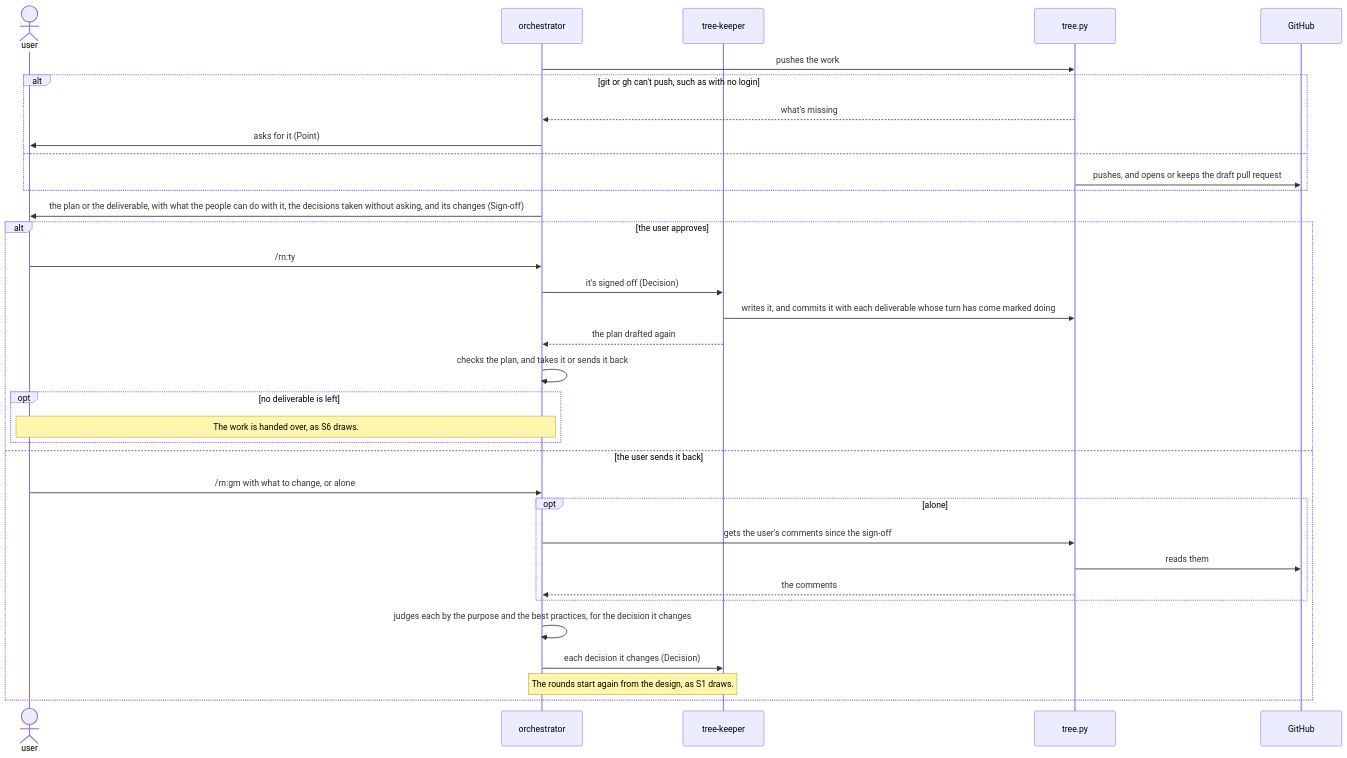
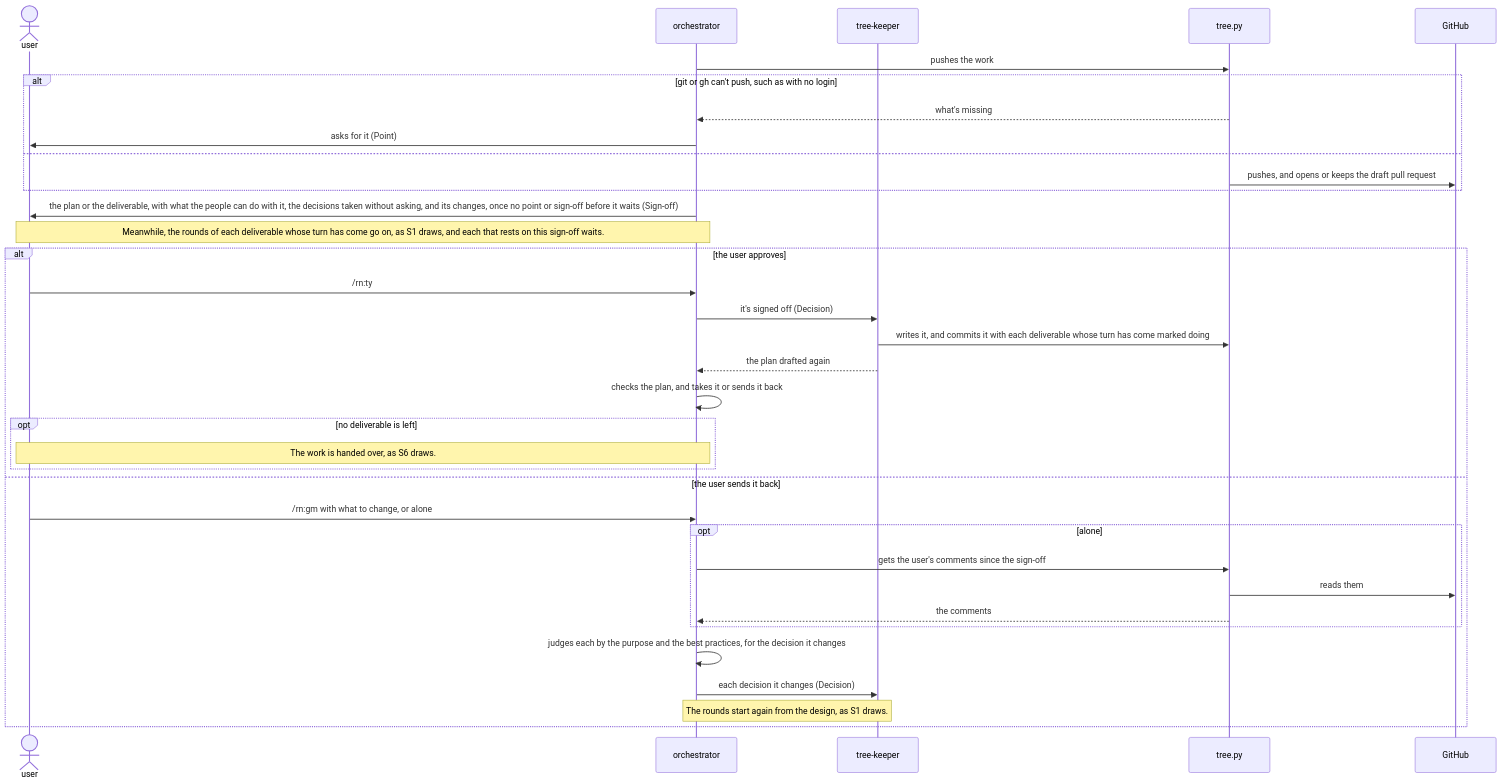
Before and after one commit to lovaizu/ccpm: the third of 6 diagrams in dev/rn/architecture.md, drawn with Mermaid. The commit also changed other lines of this file and 1 other file, not shown here.

First line of the commit message:
rn goes on with the work that rests on no open point while a point or a sign-off waits, and tree.py alone finds the work that waits

````diff
--- a/dev/rn/architecture.md
+++ b/dev/rn/architecture.md
@@ -265,36 +284,37 @@
 ```mermaid
 sequenceDiagram
   actor U as user
   participant O as orchestrator
   participant K as tree-keeper
   participant T as tree.py
   participant GH as GitHub
   O->>T: pushes the work
   alt git or gh can't push, such as with no login
     T-->>O: what's missing
     O->>U: asks for it (Point)
   else
     T->>GH: pushes, and opens or keeps the draft pull request
   end
-  O->>U: the plan or the deliverable, with what the people can do with it, the decisions taken without asking, and its changes (Sign-off)
+  O->>U: the plan or the deliverable, with what the people can do with it, the decisions taken without asking, and its changes, once no point or sign-off before it waits (Sign-off)
+  Note over U,O: Meanwhile, the rounds of each deliverable whose turn has come go on, as S1 draws, and each that rests on this sign-off waits.
   alt the user approves
     U->>O: /rn:ty
     O->>K: it's signed off (Decision)
     K->>T: writes it, and commits it with each deliverable whose turn has come marked doing
     K-->>O: the plan drafted again
     O->>O: checks the plan, and takes it or sends it back
     opt no deliverable is left
       Note over U,O: The work is handed over, as S6 draws.
     end
   else the user sends it back
     U->>O: /rn:gm with what to change, or alone
     opt alone
       O->>T: gets the user's comments since the sign-off
       T->>GH: reads them
       T-->>O: the comments
     end
     O->>O: judges each by the purpose and the best practices, for the decision it changes
     O->>K: each decision it changes (Decision)
     Note over O,K: The rounds start again from the design, as S1 draws.
   end
 ```
````
